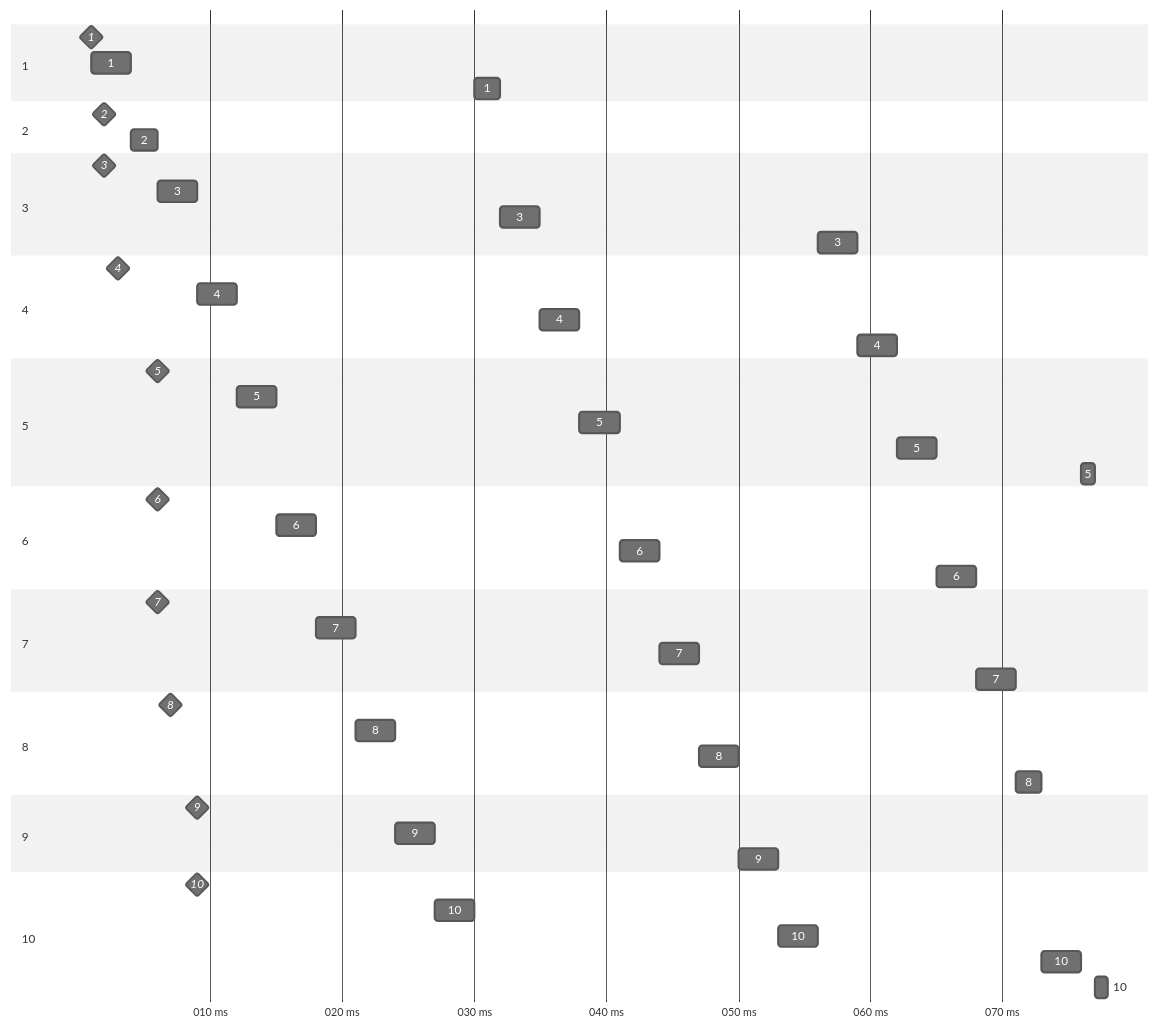
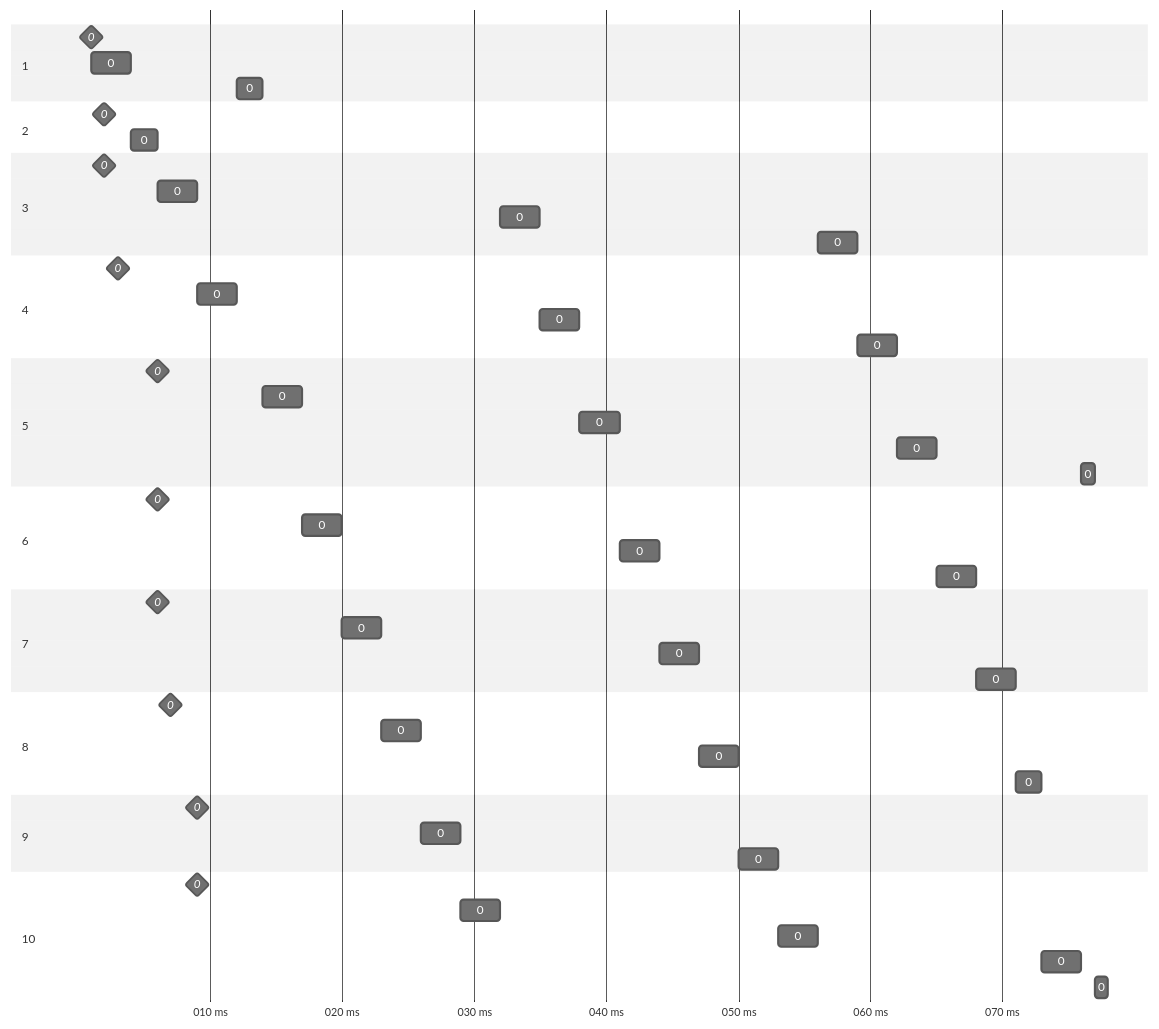
The first of 3 diagrams in ex_1.md (YDX-2147483647/os_homework), drawn with Mermaid (neutral theme) before and after one commit. The commit also changed other lines of this file and 1 other file, not shown here.

Commit message:
[ex_1] draw gantt

````diff
--- a/ex_1.md
+++ b/ex_1.md
@@ -84,63 +84,63 @@
 ```mermaid
 gantt
 dateFormat SSS
 axisFormat %L ms
 
 section 1
-1: milestone, 001, 0
-1: 001, 004
-1: 030, 032
+0: milestone, 001, 0
+0: 001, 004
+0: 012, 014
 
 section 2
-2: milestone, 002, 0
-2: 004, 006
+0: milestone, 002, 0
+0: 004, 006
 
 section 3
-3: milestone, 002, 0
-3: 006, 009
-3: 032, 035
-3: 056, 059
+0: milestone, 002, 0
+0: 006, 009
+0: 032, 035
+0: 056, 059
 
 section 4
-4: milestone, 003, 0
-4: 009, 012
-4: 035, 038
-4: 059, 062
+0: milestone, 003, 0
+0: 009, 012
+0: 035, 038
+0: 059, 062
 
 section 5
-5: milestone, 006, 0
-5: 012, 015
-5: 038, 041
-5: 062, 065
-5: 076, 077
+0: milestone, 006, 0
+0: 014, 017
+0: 038, 041
+0: 062, 065
+0: 076, 077
 
 section 6
-6: milestone, 006, 0
-6: 015, 018
-6: 041, 044
-6: 065, 068
+0: milestone, 006, 0
+0: 017, 020
+0: 041, 044
+0: 065, 068
 
 section 7
-7: milestone, 006, 0
-7: 018, 021
-7: 044, 047
-7: 068, 071
+0: milestone, 006, 0
+0: 020, 023
+0: 044, 047
+0: 068, 071
 
 section 8
-8: milestone, 007, 0
-8: 021, 024
-8: 047, 050
-8: 071, 073
+0: milestone, 007, 0
+0: 023, 026
+0: 047, 050
+0: 071, 073
 
 section 9
-9: milestone, 009, 0
-9: 024, 027
-9: 050, 053
+0: milestone, 009, 0
+0: 026, 029
+0: 050, 053
 
 section 10
-10: milestone, 009, 0
-10: 027, 030
-10: 053, 056
-10: 073, 076
-10: 077, 078
+0: milestone, 009, 0
+0: 029, 032
+0: 053, 056
+0: 073, 076
+0: 077, 078
 ```
````
